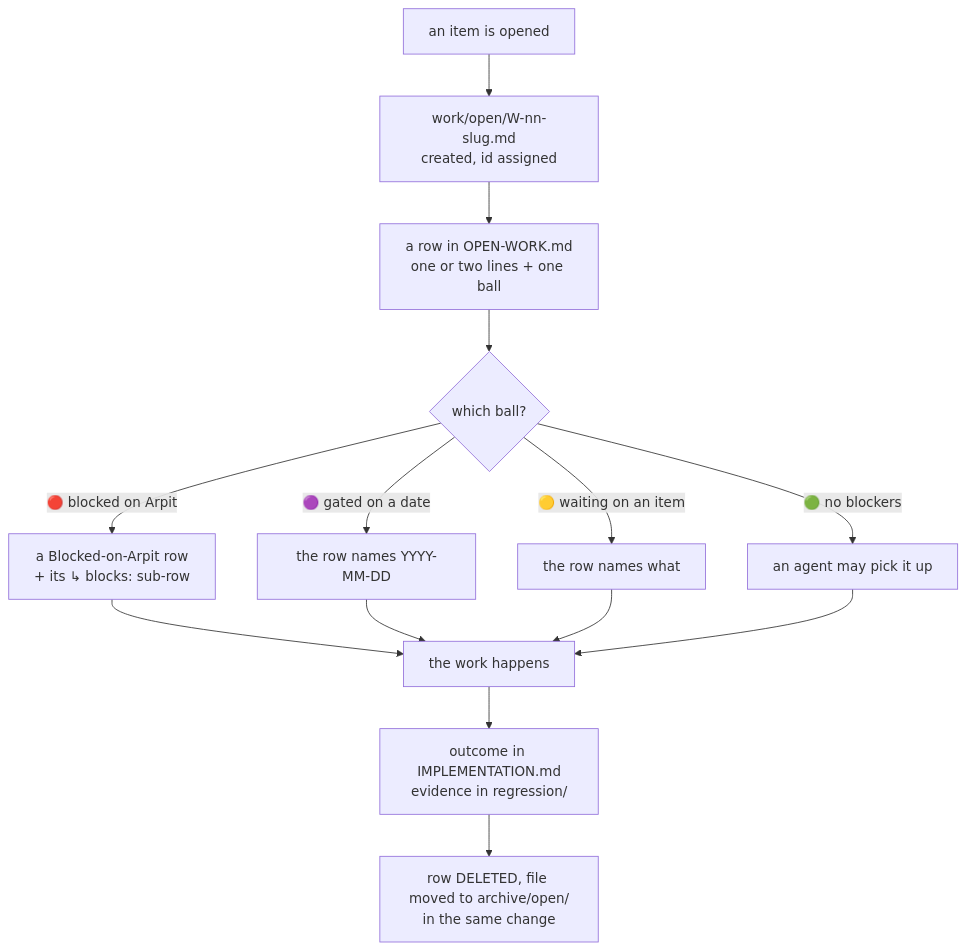
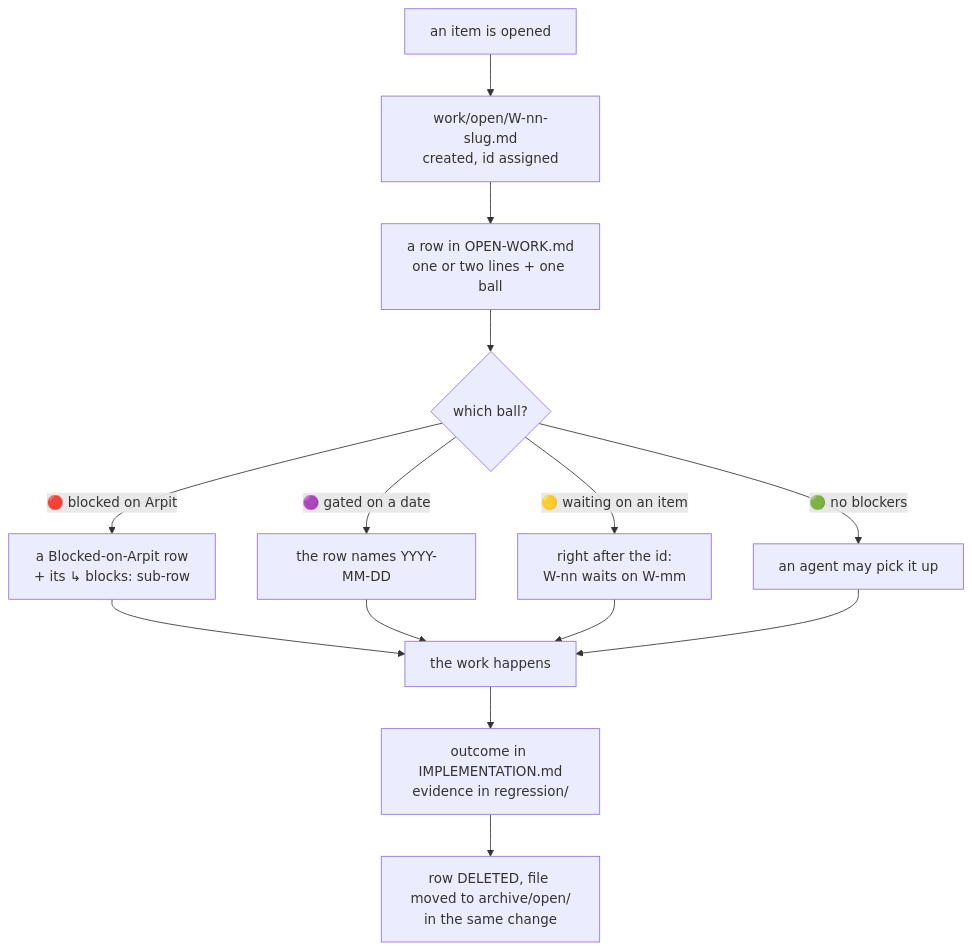
One commit to arpitarya/fux changed the diagram in records/0051_WORK-open-queue.md. Above: the diagram before and after it, drawn with Mermaid. The commit also changed other lines of this file and 64 other files, not shown here.

````diff
--- a/records/0051_WORK-open-queue.md
+++ b/records/0051_WORK-open-queue.md
@@ -48,16 +48,16 @@
 ```mermaid
 flowchart TD
     A[an item is opened] --> B["work/open/W-nn-slug.md<br/>created, id assigned"]
     B --> C["a row in OPEN-WORK.md<br/>one or two lines + one ball"]
     C --> D{which ball?}
     D -->|"🔴 blocked on Arpit"| E["a Blocked-on-Arpit row<br/>+ its ↳ blocks: sub-row"]
     D -->|"🟣 gated on a date"| F["the row names YYYY-MM-DD"]
-    D -->|"🟡 waiting on an item"| G["the row names what"]
+    D -->|"🟡 waiting on an item"| G["right after the id:<br/>W-nn waits on W-mm"]
     D -->|"🟢 no blockers"| H["an agent may pick it up"]
     E --> I[the work happens]
     F --> I
     G --> I
     H --> I
     I --> J["outcome in IMPLEMENTATION.md<br/>evidence in regression/"]
     J --> K["row DELETED, file moved to archive/open/<br/>in the same change"]
 ```
````
